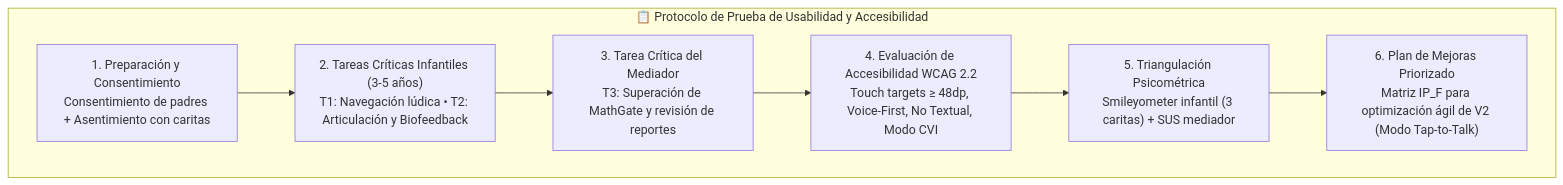
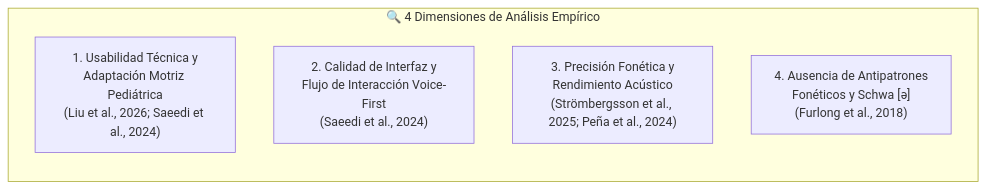
One commit to MasaruC/App_Fono-Ludica changed the second of 4 diagrams in Proyecto/Documentación/Actividad 10 - Prueba de Usabilidad y Accesibilidad/Actividad 10 - Prueba de Usabilidad y Accesibilidad.md. Above: the diagram before and after it, drawn with Mermaid. The commit also changed other lines of this file and 17 other files, not shown here.

Commit message:
feat(act10): refactorizar Modo Evaluacion Micro-SCED v3.0, consola remota evaluador, telemetria y guias README

````diff
--- a/Proyecto/Documentación/Actividad 10 - Prueba de Usabilidad y Accesibilidad/Actividad 10 - Prueba de Usabilidad y Accesibilidad.md
+++ b/Proyecto/Documentación/Actividad 10 - Prueba de Usabilidad y Accesibilidad/Actividad 10 - Prueba de Usabilidad y Accesibilidad.md
@@ -57,17 +116,9 @@
 ```mermaid
-graph TD
-    subgraph ProtocoloEvaluacion ["📋 Protocolo de Prueba de Usabilidad y Accesibilidad"]
-        P1["1. Preparación y Consentimiento<br>Consentimiento de padres + Asentimiento con caritas"]
-        P2["2. Tareas Críticas Infantiles (3-5 años)<br>T1: Navegación lúdica • T2: Articulación y Biofeedback"]
-        P3["3. Tarea Crítica del Mediador<br>T3: Superación de MathGate y revisión de reportes"]
-        P4["4. Evaluación de Accesibilidad WCAG 2.2<br>Touch targets ≥ 48dp, Voice-First, No Textual, Modo CVI"]
-        P5["5. Triangulación Psicométrica<br>Smileyometer infantil (3 caritas) + SUS mediador"]
-        P6["6. Plan de Mejoras Priorizado<br>Matriz IP_F para optimización ágil de V2 (Modo Tap-to-Talk)"]
+graph LR
+    subgraph DimensionesAnalisis ["🔍 4 Dimensiones de Análisis Empírico"]
+        D1["1. Usabilidad Técnica y<br>Adaptación Motriz Pediátrica<br>(Liu et al., 2026; Saeedi et al., 2024)"]
+        D2["2. Calidad de Interfaz y<br>Flujo de Interacción Voice-First<br>(Saeedi et al., 2024)"]
+        D3["3. Precisión Fonética y<br>Rendimiento Acústico<br>(Strömbergsson et al., 2025; Peña et al., 2024)"]
+        D4["4. Ausencia de Antipatrones<br>Fonéticos y Schwa [ə]<br>(Furlong et al., 2018)"]
     end
-
-    P1 --> P2
-    P2 --> P3
-    P3 --> P4
-    P4 --> P5
-    P5 --> P6
 ```
````
